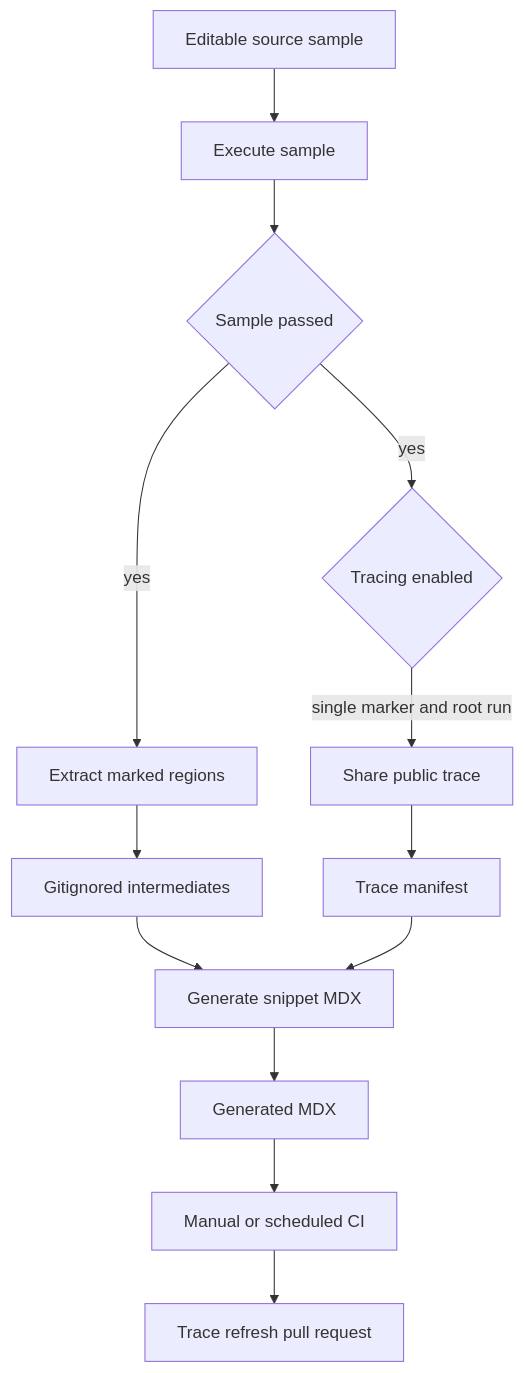
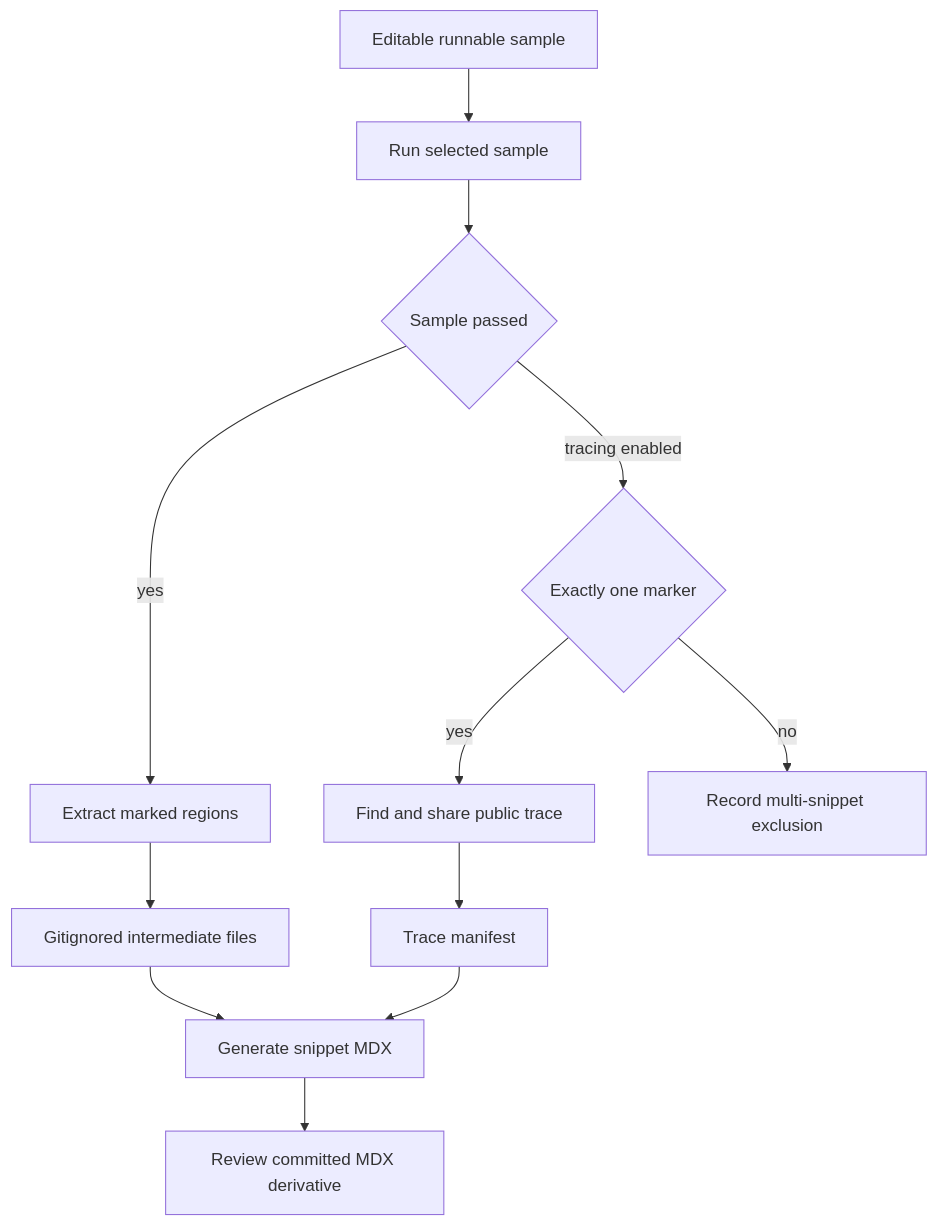
One commit to langchain-ai/docs changed the diagram in openwiki/workflows/code-sample-lifecycle.md. Above: the diagram before and after it, drawn with Mermaid. The commit also changed other lines of this file and 21 other files, not shown here.

````diff
--- a/openwiki/workflows/code-sample-lifecycle.md
+++ b/openwiki/workflows/code-sample-lifecycle.md
@@ -51,16 +55,14 @@
 ```mermaid
 flowchart TD
-  Source["Editable source sample"] --> Execute["Execute sample"]
-  Execute --> Passed{"Sample passed"}
+  Source["Editable runnable sample"] --> Check["Run selected sample"]
+  Check --> Passed{"Sample passed"}
   Passed -->|"yes"| Extract["Extract marked regions"]
-  Extract --> Intermediate["Gitignored intermediates"]
-  Intermediate --> Generate["Generate snippet MDX"]
-  TraceOn{"Tracing enabled"}
-  Passed -->|"yes"| TraceOn
-  TraceOn -->|"single marker and root run"| Share["Share public trace"]
+  Extract --> Intermediate["Gitignored intermediate files"]
+  Intermediate --> MDX["Generate snippet MDX"]
+  Passed -->|"tracing enabled"| Eligibility{"Exactly one marker"}
+  Eligibility -->|"yes"| Share["Find and share public trace"]
   Share --> Manifest["Trace manifest"]
-  Manifest --> Generate
-  Generate --> Artifacts["Generated MDX"]
-  Artifacts --> Trusted["Manual or scheduled CI"]
-  Trusted --> PR["Trace refresh pull request"]
+  Manifest --> MDX
+  MDX --> Review["Review committed MDX derivative"]
+  Eligibility -->|"no"| Skip["Record multi-snippet exclusion"]
 ```
````
